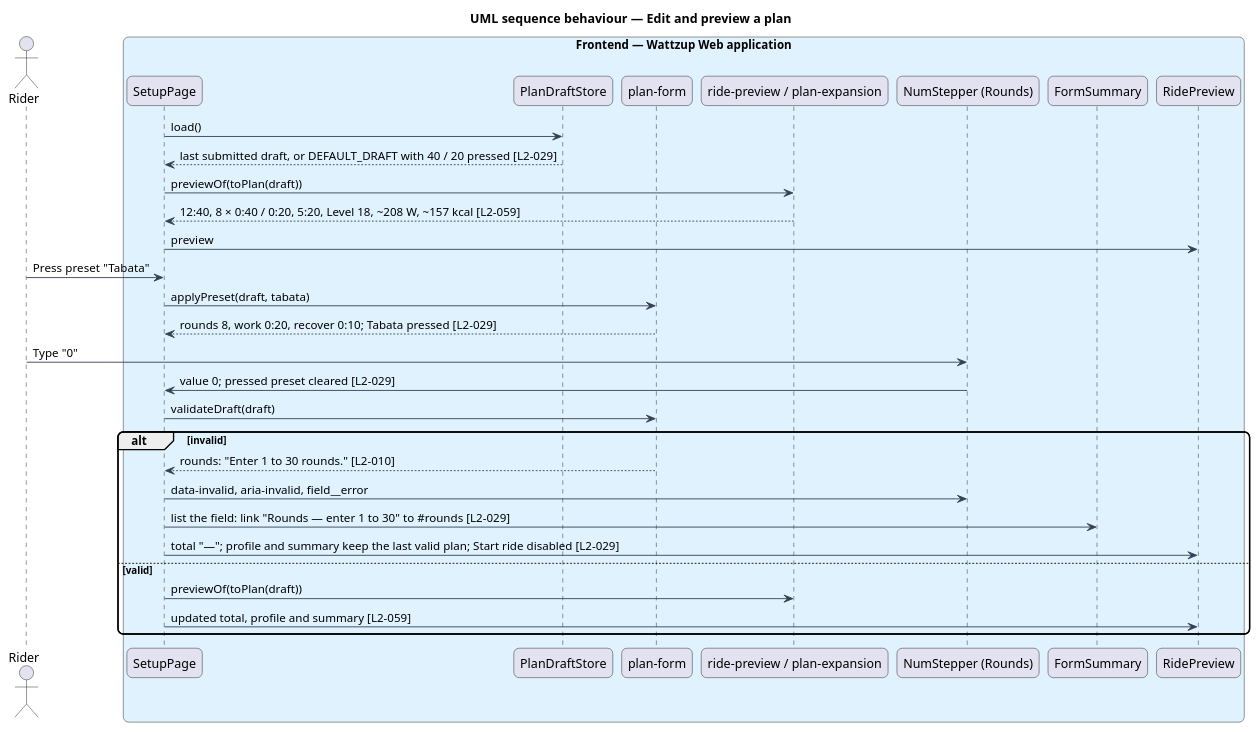
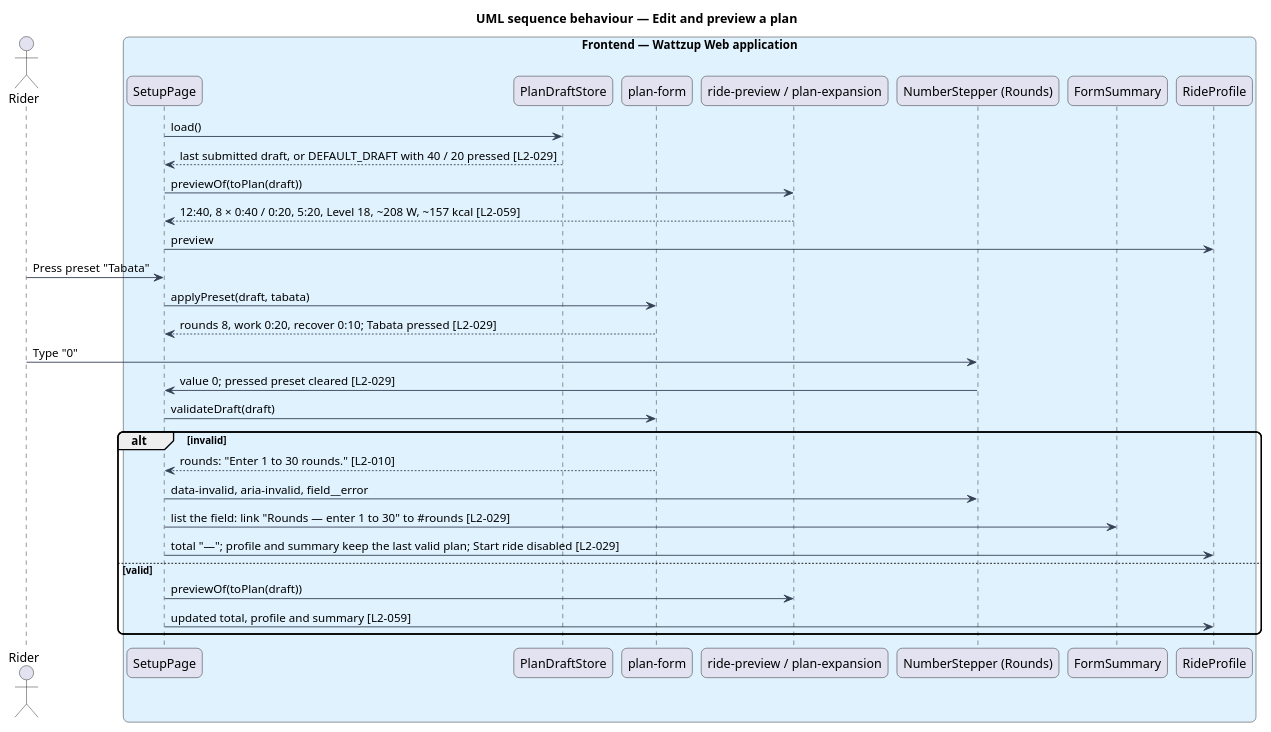
One commit to QuinntyneBrown/ride-one changed the diagram in docs/detailed-designs/workouts/set-up-ride/diagrams/sequence-edit-preview.puml. Above: the diagram before and after it, drawn with PlantUML. The commit also changed 58 other files, not shown here.

```diff
--- a/docs/detailed-designs/workouts/set-up-ride/diagrams/sequence-edit-preview.puml
+++ b/docs/detailed-designs/workouts/set-up-ride/diagrams/sequence-edit-preview.puml
@@ -1,39 +1,39 @@
 @startuml
 title UML sequence behaviour — Edit and preview a plan
 skinparam backgroundColor #FFFFFF
 skinparam shadowing false
 skinparam roundcorner 12
 skinparam defaultFontName Arial
 skinparam ArrowColor #344054
 actor "Rider" as rider
 box "Frontend — Wattzup Web application" #E0F2FE
   participant "SetupPage" as page
   participant "PlanDraftStore" as draft
   participant "plan-form" as form
   participant "ride-preview / plan-expansion" as prev
-  participant "NumStepper (Rounds)" as rounds
+  participant "NumberStepper (Rounds)" as rounds
   participant "FormSummary" as summary
-  participant "RidePreview" as panel
+  participant "RideProfile" as panel
 end box
 
 page -> draft : load()
 draft --> page : last submitted draft, or DEFAULT_DRAFT with 40 / 20 pressed [L2-029]
 page -> prev : previewOf(toPlan(draft))
 prev --> page : 12:40, 8 × 0:40 / 0:20, 5:20, Level 18, ~208 W, ~157 kcal [L2-059]
 page -> panel : preview
 rider -> page : Press preset "Tabata"
 page -> form : applyPreset(draft, tabata)
 form --> page : rounds 8, work 0:20, recover 0:10; Tabata pressed [L2-029]
 rider -> rounds : Type "0"
 rounds -> page : value 0; pressed preset cleared [L2-029]
 page -> form : validateDraft(draft)
 alt invalid
   form --> page : rounds: "Enter 1 to 30 rounds." [L2-010]
   page -> rounds : data-invalid, aria-invalid, field__error
   page -> summary : list the field: link "Rounds — enter 1 to 30" to #rounds [L2-029]
   page -> panel : total "—"; profile and summary keep the last valid plan; Start ride disabled [L2-029]
 else valid
   page -> prev : previewOf(toPlan(draft))
   page -> panel : updated total, profile and summary [L2-059]
 end
 @enduml
```
